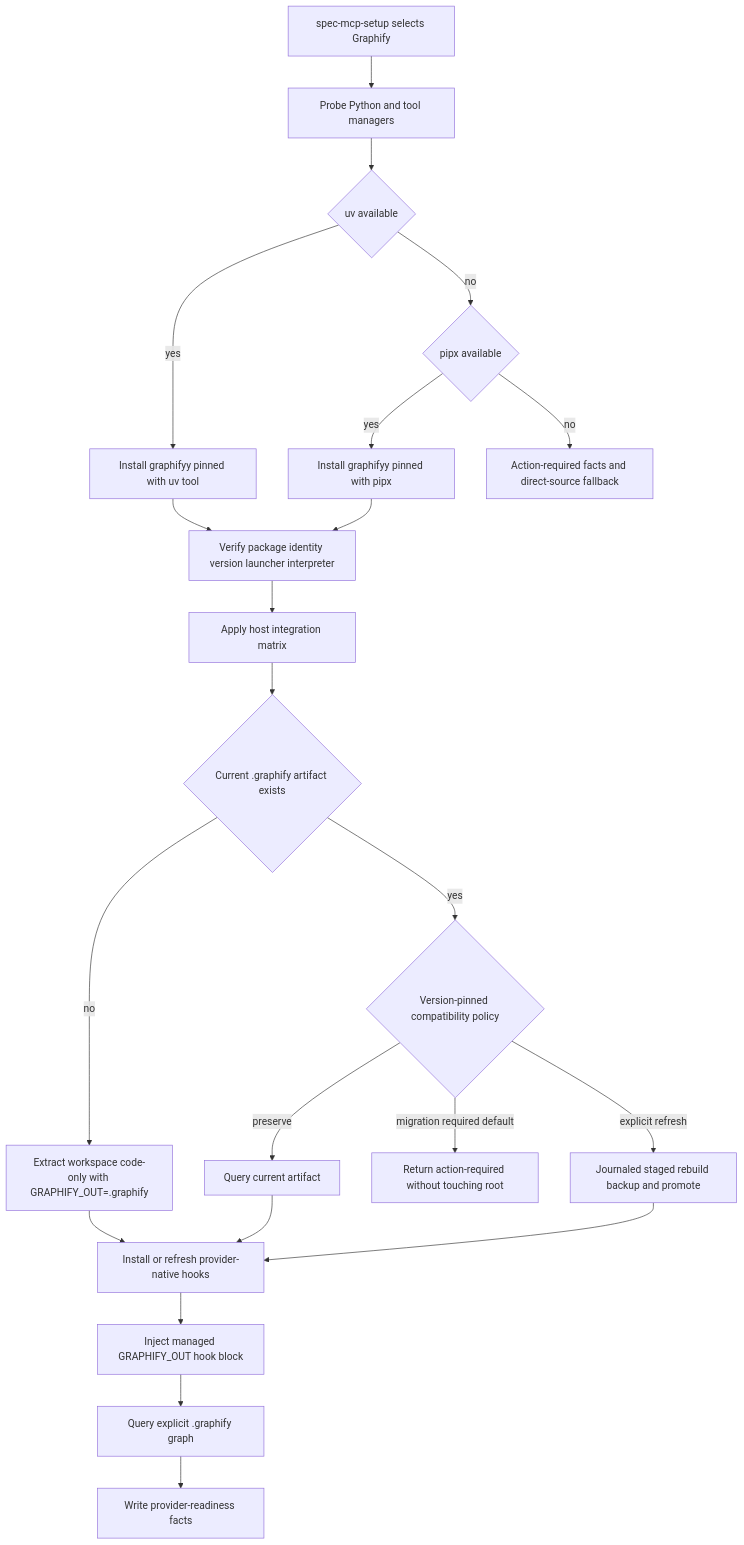
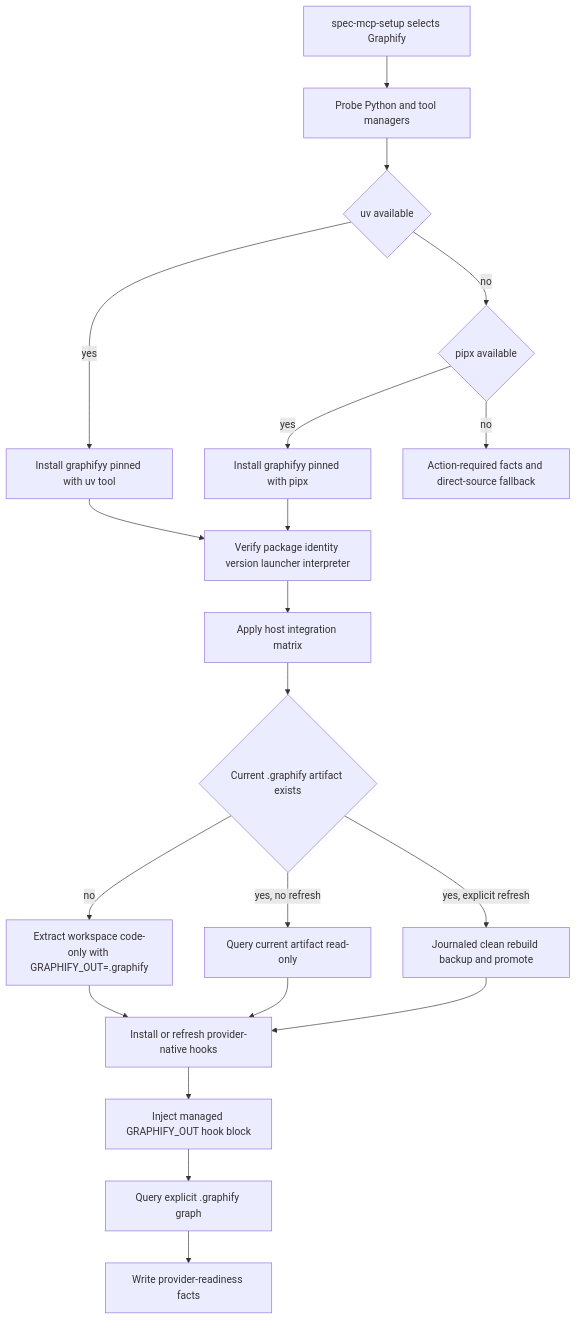
The diagram in docs/plans/2026-07-12-004-refactor-python-graphify-provider-plan.md (leo-kuang-ai/spec-first), drawn with Mermaid before and after one commit. The commit also changed other lines of this file and 3 other files, not shown here.

Commit message:
docs(plans): 收敛 Graphify 迁移并完成澄清计划

````diff
--- a/docs/plans/2026-07-12-004-refactor-python-graphify-provider-plan.md
+++ b/docs/plans/2026-07-12-004-refactor-python-graphify-provider-plan.md
@@ -164,24 +171,22 @@
 ```mermaid
 flowchart TB
   A[spec-mcp-setup selects Graphify] --> B[Probe Python and tool managers]
   B --> C{uv available}
   C -->|yes| D[Install graphifyy pinned with uv tool]
   C -->|no| E{pipx available}
   E -->|yes| F[Install graphifyy pinned with pipx]
   E -->|no| G[Action-required facts and direct-source fallback]
   D --> H[Verify package identity version launcher interpreter]
   F --> H
   H --> I[Apply host integration matrix]
   I --> J{Current .graphify artifact exists}
   J -->|no| K[Extract workspace code-only with GRAPHIFY_OUT=.graphify]
-  J -->|yes| L{Version-pinned compatibility policy}
-  L -->|preserve| Q[Query current artifact]
-  L -->|migration required default| R[Return action-required without touching root]
-  L -->|explicit refresh| S[Journaled staged rebuild backup and promote]
+  J -->|yes, no refresh| Q[Query current artifact read-only]
+  J -->|yes, explicit refresh| S[Journaled clean rebuild backup and promote]
   K --> M[Install or refresh provider-native hooks]
   Q --> M
   S --> M
   M --> N[Inject managed GRAPHIFY_OUT hook block]
   N --> O[Query explicit .graphify graph]
   O --> P[Write provider-readiness facts]
 ```
````
